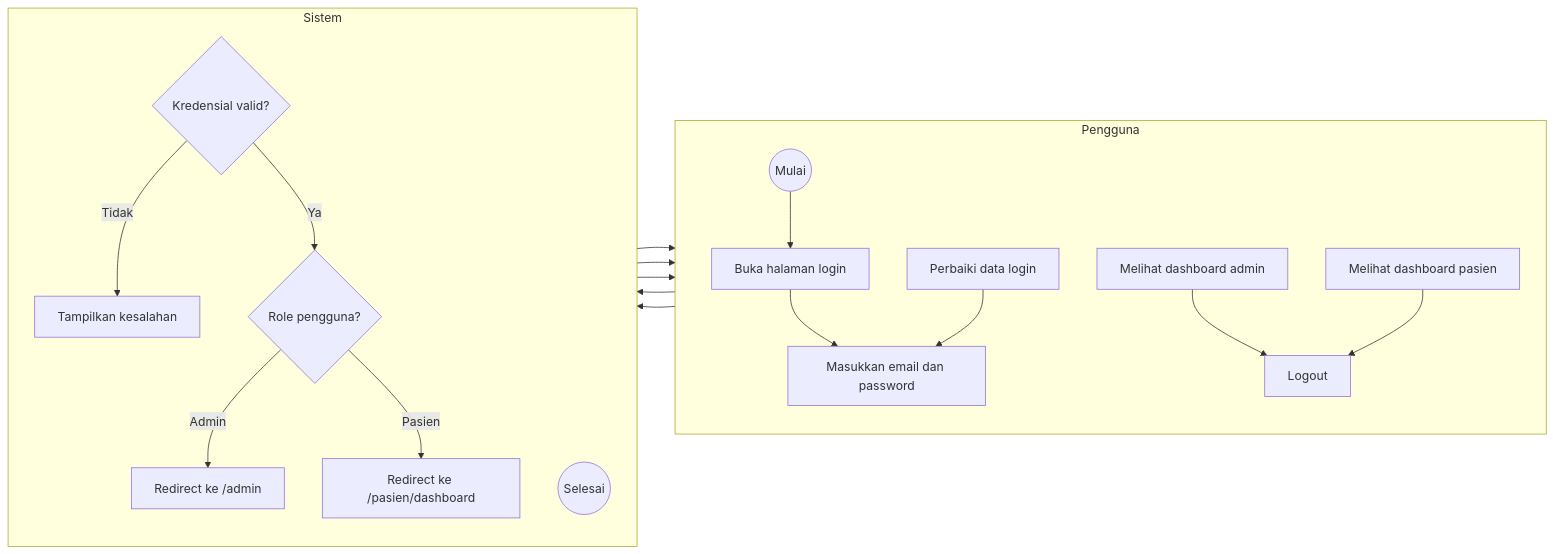
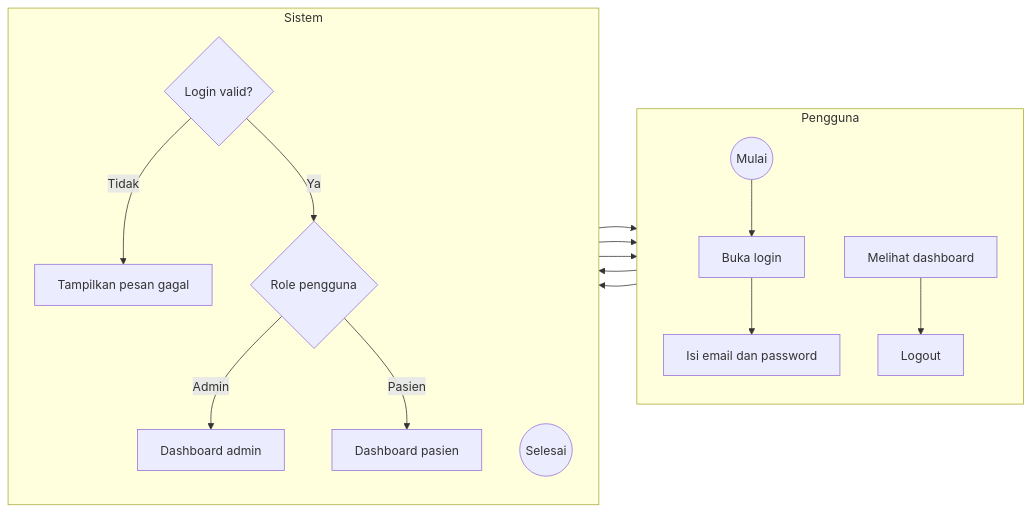
Before and after one commit to Faathir81/Sistem-Informasi-Klinik: the first of 7 diagrams in dokumentasi/spesifikasi-proyek/activity-diagrams.md, drawn with Mermaid. The commit also changed other lines of this file, not shown here.

Commit message:
docs: simplify activity diagrams for thesis report

````diff
--- a/dokumentasi/spesifikasi-proyek/activity-diagrams.md
+++ b/dokumentasi/spesifikasi-proyek/activity-diagrams.md
@@ -7,31 +7,28 @@
 ```mermaid
 flowchart LR
     subgraph penggunaLane["Pengguna"]
         direction TB
         start((Mulai))
-        open[Buka halaman login]
-        submit[Masukkan email dan password]
-        retry[Perbaiki data login]
-        adminView[Melihat dashboard admin]
-        pasienView[Melihat dashboard pasien]
+        login[Buka login]
+        input[Isi email dan password]
+        dashboard[Melihat dashboard]
         logout[Logout]
     end
 
     subgraph sistemLane["Sistem"]
         direction TB
-        valid{Kredensial valid?}
-        error[Tampilkan kesalahan]
-        role{Role pengguna?}
-        admin[Redirect ke /admin]
-        pasien[Redirect ke /pasien/dashboard]
+        cek{Login valid?}
+        role{Role pengguna}
+        admin[Dashboard admin]
+        pasien[Dashboard pasien]
+        error[Tampilkan pesan gagal]
         finish((Selesai))
     end
 
-    start --> open --> submit --> valid
-    valid -- Tidak --> error --> retry --> submit
-    valid -- Ya --> role
-    role -- Admin --> admin --> adminView
-    role -- Pasien --> pasien --> pasienView
-    adminView --> logout --> finish
-    pasienView --> logout
+    start --> login --> input --> cek
+    cek -- Tidak --> error --> input
+    cek -- Ya --> role
+    role -- Admin --> admin --> dashboard
+    role -- Pasien --> pasien --> dashboard
+    dashboard --> logout --> finish
 ```
````
